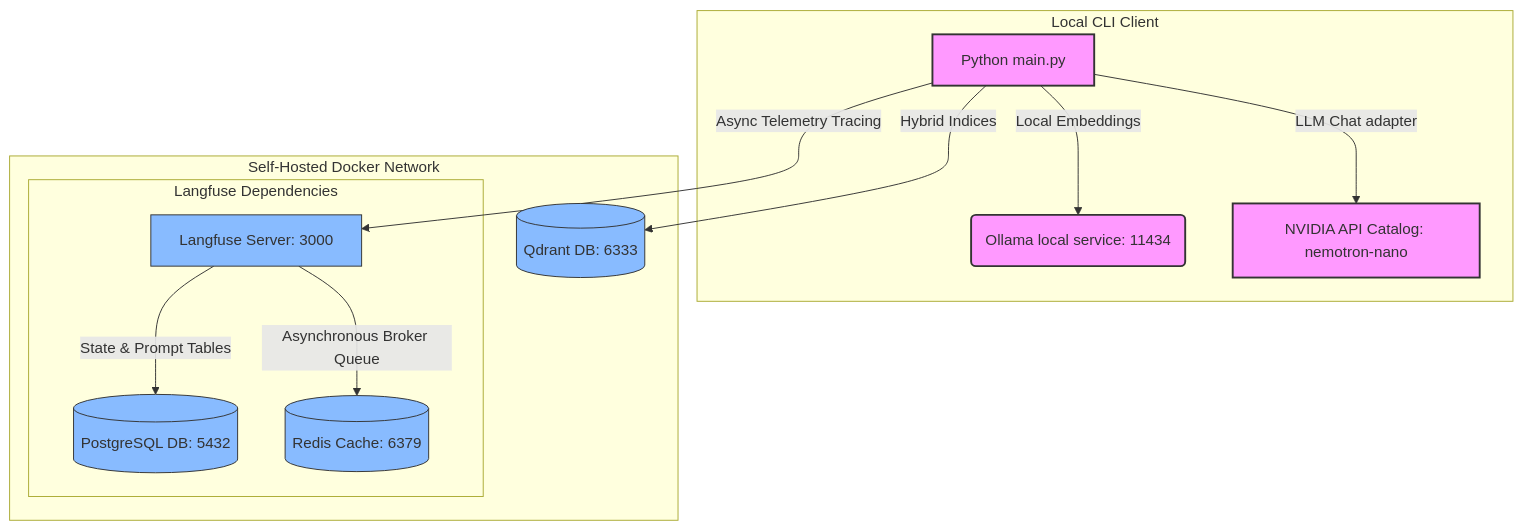
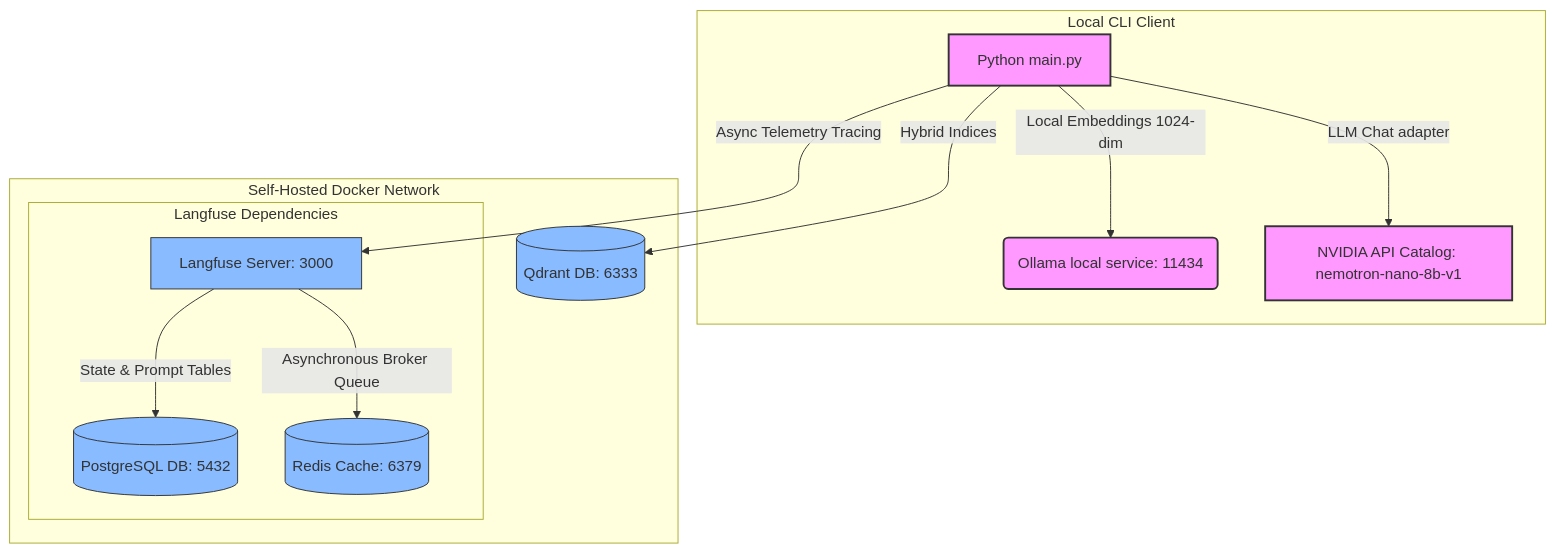
The first of 2 diagrams in rag-eval-lab/README.md (Lmalviya/pocket-projects), drawn with Mermaid before and after one commit. The commit also changed other lines of this file and 1 other file, not shown here.

````diff
--- a/rag-eval-lab/README.md
+++ b/rag-eval-lab/README.md
@@ -13,22 +13,22 @@
 ```mermaid
 graph TD
     subgraph Local CLI Client
-        CLI[Python main.py] -->|Local Embeddings| Ollama(Ollama local service: 11434)
-        CLI -->|LLM Chat adapter| NV[NVIDIA API Catalog: nemotron-nano]
+        CLI[Python main.py] -->|Local Embeddings 1024-dim| Ollama(Ollama local service: 11434)
+        CLI -->|LLM Chat adapter| NV[NVIDIA API Catalog: nemotron-nano-8b-v1]
     end
 
     subgraph Self-Hosted Docker Network
         CLI -->|Hybrid Indices| Qdrant[(Qdrant DB: 6333)]
         CLI -->|Async Telemetry Tracing| LF[Langfuse Server: 3000]
         
         subgraph Langfuse Dependencies
             LF -->|State & Prompt Tables| PG[(PostgreSQL DB: 5432)]
             LF -->|Asynchronous Broker Queue| RD[(Redis Cache: 6379)]
         end
     end
     
     classDef client fill:#f9f,stroke:#333,stroke-width:2px;
     classDef storage fill:#8bf,stroke:#333,stroke-width:1px;
     class CLI,Ollama,NV client;
     class Qdrant,PG,RD,LF storage;
 ```
````
